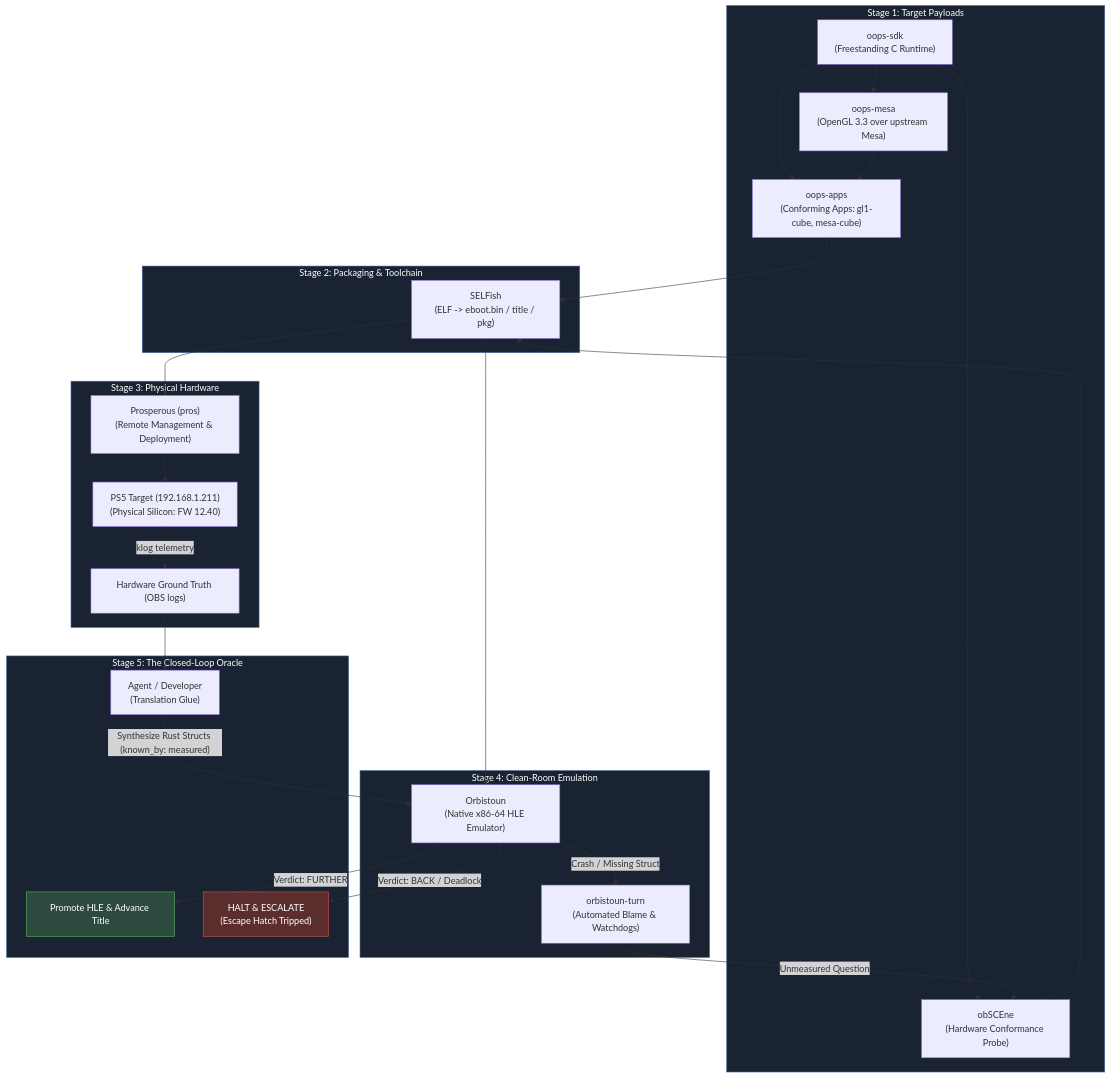
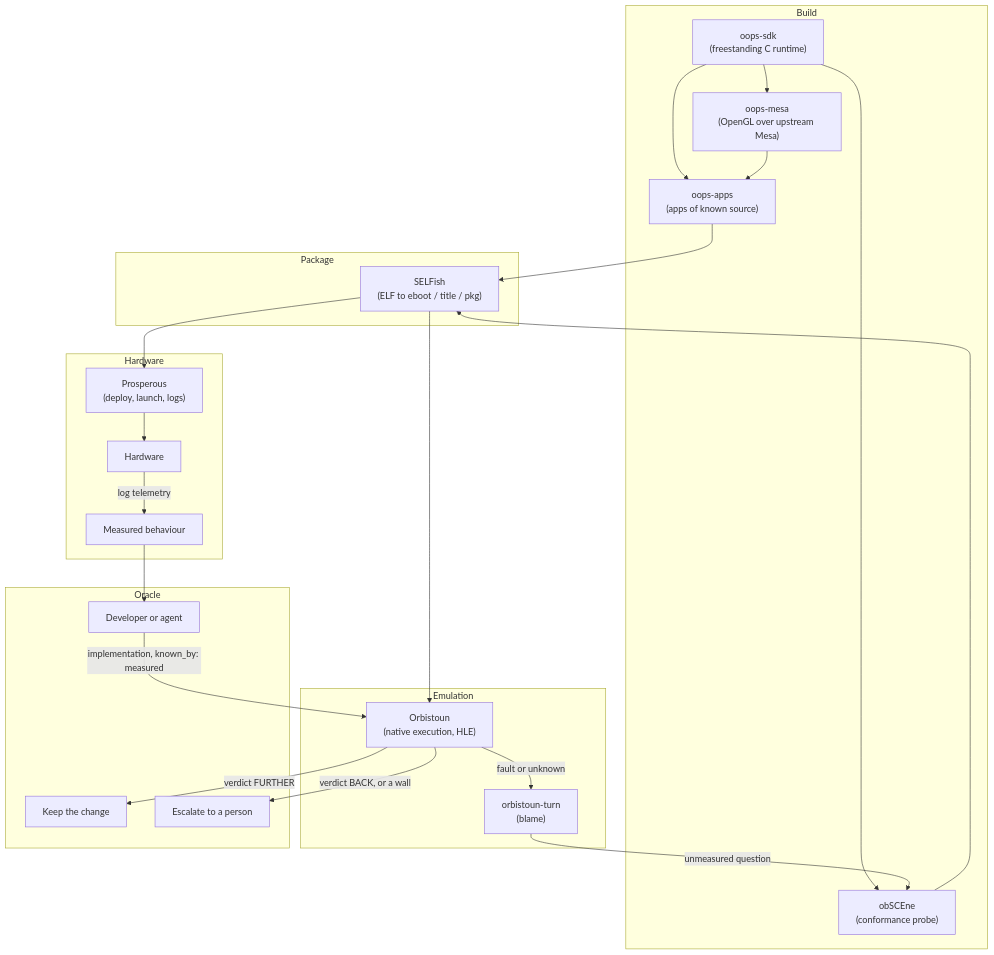
Before and after one commit to project-oops/OOPS: the diagram in docs/THE_LOOP.md, drawn with Mermaid. The commit also changed other lines of this file and 10 other files, not shown here.

````diff
--- a/docs/THE_LOOP.md
+++ b/docs/THE_LOOP.md
@@ -17,40 +7,33 @@
 ```mermaid
 flowchart TD
-    subgraph S1["Stage 1: Target Payloads"]
-        SDK["oops-sdk<br/>(Freestanding C Runtime)"] --> APPS["oops-apps<br/>(Conforming Apps: gl1-cube, mesa-cube)"]
-        SDK --> OBSCENE["obSCEne<br/>(Hardware Conformance Probe)"]
-        SDK --> MESA["oops-mesa<br/>(OpenGL 3.3 over upstream Mesa)"]
+    subgraph S1["Build"]
+        SDK["oops-sdk<br/>(freestanding C runtime)"] --> APPS["oops-apps<br/>(apps of known source)"]
+        SDK --> OBSCENE["obSCEne<br/>(conformance probe)"]
+        SDK --> MESA["oops-mesa<br/>(OpenGL over upstream Mesa)"]
         MESA --> APPS
     end
 
-    subgraph S2["Stage 2: Packaging & Toolchain"]
-        APPS --> SELFISH["SELFish<br/>(ELF -> eboot.bin / title / pkg)"]
+    subgraph S2["Package"]
+        APPS --> SELFISH["SELFish<br/>(ELF to eboot / title / pkg)"]
         OBSCENE --> SELFISH
     end
 
-    subgraph S3["Stage 3: Physical Hardware"]
-        SELFISH --> PROS["Prosperous (pros)<br/>(Remote Management & Deployment)"]
-        PROS --> HW["PS5 Target (192.168.1.211)<br/>(Physical Silicon: FW 12.40)"]
-        HW -- "klog telemetry" --> TELEMETRY["Hardware Ground Truth (OBS logs)"]
+    subgraph S3["Hardware"]
+        SELFISH --> PROS["Prosperous<br/>(deploy, launch, logs)"]
+        PROS --> HW["Hardware"]
+        HW -- "log telemetry" --> TELEMETRY["Measured behaviour"]
     end
 
-    subgraph S4["Stage 4: Clean-Room Emulation"]
-        SELFISH --> ORB["Orbistoun<br/>(Native x86-64 HLE Emulator)"]
-        ORB -- "Crash / Missing Struct" --> TURN["orbistoun-turn<br/>(Automated Blame & Watchdogs)"]
+    subgraph S4["Emulation"]
+        SELFISH --> ORB["Orbistoun<br/>(native execution, HLE)"]
+        ORB -- "fault or unknown" --> TURN["orbistoun-turn<br/>(blame)"]
     end
 
-    subgraph S5["Stage 5: The Closed-Loop Oracle"]
-        TURN -- "Unmeasured Question" --> OBSCENE
-        TELEMETRY --> AGENT["Agent / Developer<br/>(Translation Glue)"]
-        AGENT -- "Synthesize Rust Structs (known_by: measured)" --> ORB
-        ORB -- "Verdict: FURTHER" --> PROMOTE["Promote HLE & Advance Title"]
-        ORB -- "Verdict: BACK / Deadlock" --> HATCH["HALT & ESCALATE<br/>(Escape Hatch Tripped)"]
+    subgraph S5["Oracle"]
+        TURN -- "unmeasured question" --> OBSCENE
+        TELEMETRY --> AGENT["Developer or agent"]
+        AGENT -- "implementation, known_by: measured" --> ORB
+        ORB -- "verdict FURTHER" --> PROMOTE["Keep the change"]
+        ORB -- "verdict BACK, or a wall" --> HATCH["Escalate to a person"]
     end
-
-    classDef stage fill:#1a2332,stroke:#4a6fa5,color:#fff
-    classDef highlight fill:#2d4a3e,stroke:#5cb85c,color:#fff
-    classDef escape fill:#5c2d2d,stroke:#d9534f,color:#fff
-    class S1,S2,S3,S4,S5 stage
-    class PROMOTE highlight
-    class HATCH escape
 ```
````
